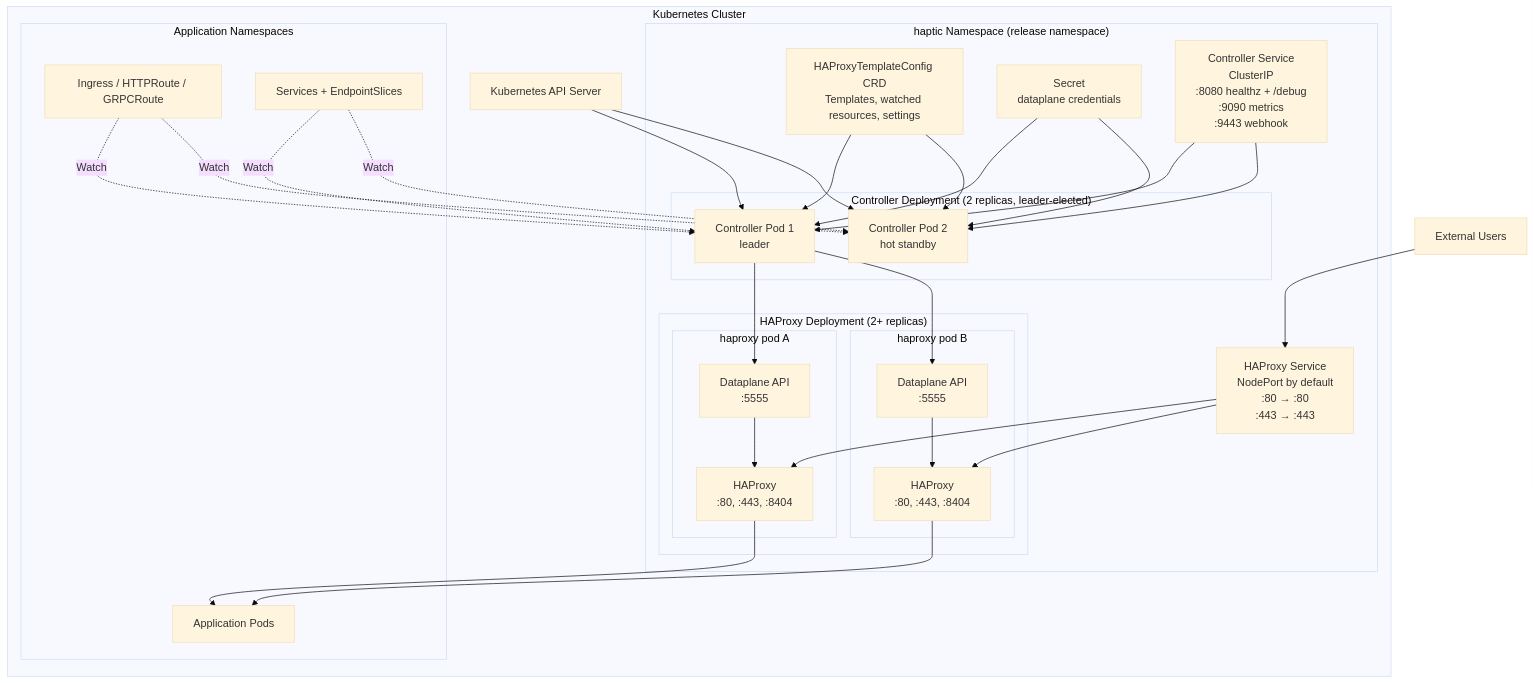
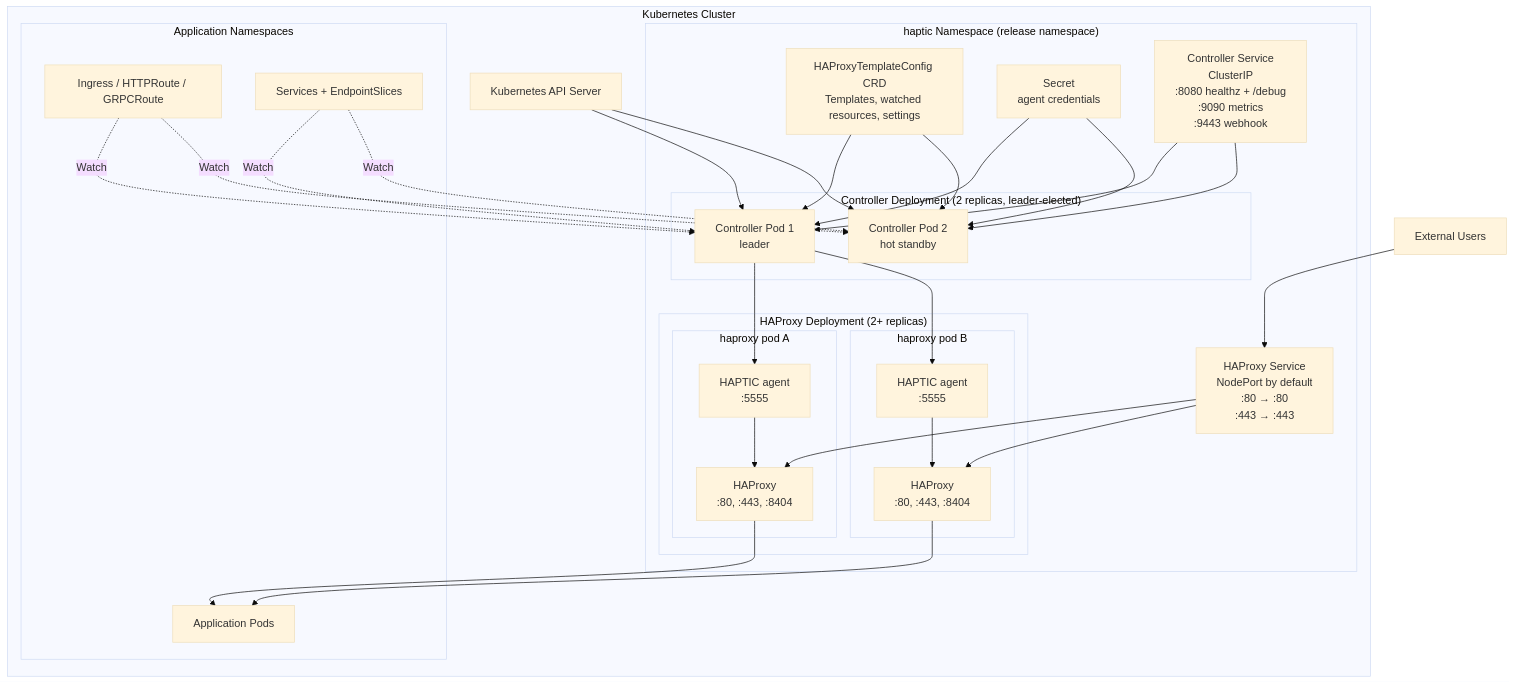
Before and after one commit to HAProxy-Template-IC/haproxy-template-ingress-controller: the first of 3 diagrams in docs/site/docs/development/design/deployment.md, drawn with Mermaid (base theme). The commit also changed other lines of this file and 285 other files, not shown here.

Commit message:
Cut the controller and the chart over to the HAPTIC agent (MR 0.3a)

````diff
--- a/docs/site/docs/development/design/deployment.md
+++ b/docs/site/docs/development/design/deployment.md
@@ -5,56 +5,56 @@
 ```mermaid
 graph TB
     subgraph "Kubernetes Cluster"
         API[Kubernetes API Server]
 
         subgraph "haptic Namespace (release namespace)"
             subgraph "Controller Deployment (2 replicas, leader-elected)"
                 CTRL1[Controller Pod 1<br/>leader]
                 CTRL2[Controller Pod 2<br/>hot standby]
             end
 
             HTPLCFG[HAProxyTemplateConfig CRD<br/>Templates, watched resources, settings]
-            CREDS[Secret<br/>dataplane credentials]
+            CREDS[Secret<br/>agent credentials]
 
             CTRL_SVC[Controller Service<br/>ClusterIP<br/>:8080 healthz + /debug<br/>:9090 metrics<br/>:9443 webhook]
 
             subgraph "HAProxy Deployment (2+ replicas)"
                 subgraph "haproxy pod A"
                     HAP1[HAProxy<br/>:80, :443, :8404]
-                    DP1[Dataplane API<br/>:5555]
+                    AG1[HAPTIC agent<br/>:5555]
                 end
                 subgraph "haproxy pod B"
                     HAP2[HAProxy<br/>:80, :443, :8404]
-                    DP2[Dataplane API<br/>:5555]
+                    AG2[HAPTIC agent<br/>:5555]
                 end
             end
 
             HAP_SVC[HAProxy Service<br/>NodePort by default<br/>:80 → :80<br/>:443 → :443]
         end
 
         subgraph "Application Namespaces"
             ING[Ingress / HTTPRoute / GRPCRoute]
             APPSVC[Services + EndpointSlices]
             PODS[Application Pods]
         end
     end
 
     USERS[External Users] --> HAP_SVC
     HAP_SVC --> HAP1
     HAP_SVC --> HAP2
 
     CTRL_SVC --> CTRL1 & CTRL2
     API --> CTRL1 & CTRL2
     HTPLCFG --> CTRL1 & CTRL2
     CREDS --> CTRL1 & CTRL2
     ING -.Watch.-> CTRL1 & CTRL2
     APPSVC -.Watch.-> CTRL1 & CTRL2
 
-    CTRL1 --> DP1 & DP2
-    DP1 --> HAP1
-    DP2 --> HAP2
+    CTRL1 --> AG1 & AG2
+    AG1 --> HAP1
+    AG2 --> HAP2
 
     HAP1 --> PODS
     HAP2 --> PODS
 
 ```
````
